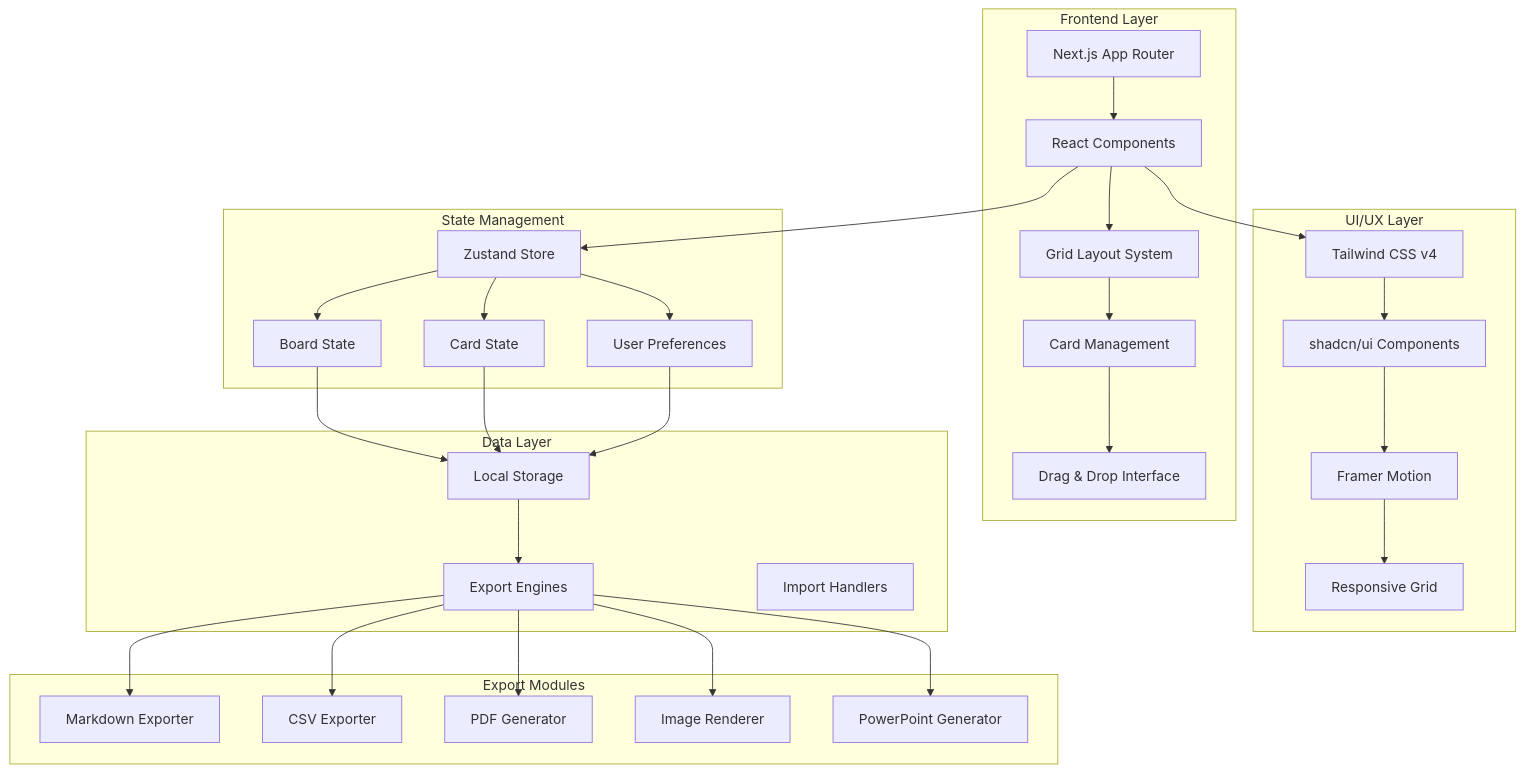
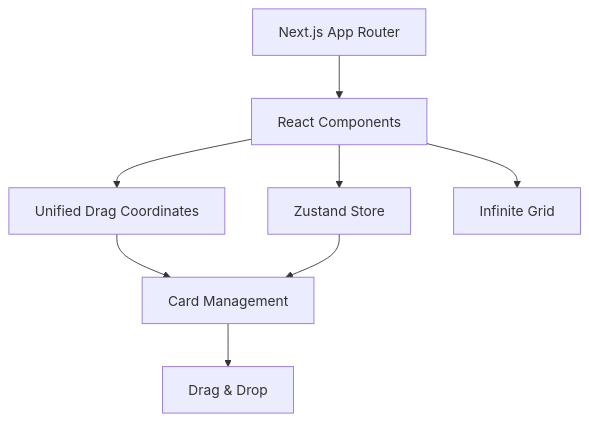
The diagram in docs/project-overview.md (tamura-go-tamura/narabell), drawn with Mermaid before and after one commit. The commit also changed other lines of this file and 24 other files, not shown here.

````diff
--- a/docs/project-overview.md
+++ b/docs/project-overview.md
@@ -24,64 +26,14 @@
 ```mermaid
 graph TB
-    subgraph "Frontend Layer"
-        A[Next.js App Router]
-        B[React Components]
-        C[Grid Layout System]
-        D[Card Management]
-        E[Drag & Drop Interface]
-    end
-    
-    subgraph "State Management"
-        F[Zustand Store]
-        G[Board State]
-        H[Card State]
-        I[User Preferences]
-    end
-    
-    subgraph "UI/UX Layer"
-        J[Tailwind CSS v4]
-        K[shadcn/ui Components]
-        L[Framer Motion]
-        M[Responsive Grid]
-    end
-    
-    subgraph "Data Layer"
-        N[Local Storage]
-        O[Export Engines]
-        P[Import Handlers]
-    end
-    
-    subgraph "Export Modules"
-        Q[Markdown Exporter]
-        R[CSV Exporter]
-        S[PDF Generator]
-        T[Image Renderer]
-        U[PowerPoint Generator]
-    end
-    
-    A --> B
-    B --> C
-    C --> D
-    D --> E
-    
-    B --> F
-    F --> G
-    F --> H
-    F --> I
-    
-    B --> J
-    J --> K
-    K --> L
-    L --> M
-    
-    G --> N
-    H --> N
-    I --> N
-    
-    N --> O
-    O --> Q
-    O --> R
-    O --> S
-    O --> T
-    O --> U
+  A[Next.js App Router]
+  B[React Components]
+  C[Unified Drag Coordinates]
+  D[Card Management]
+  E[Drag & Drop]
+  F[Zustand Store]
+  G[Infinite Grid]
+
+  A --> B --> C --> D --> E
+  B --> F --> D
+  B --> G
 ```
````
